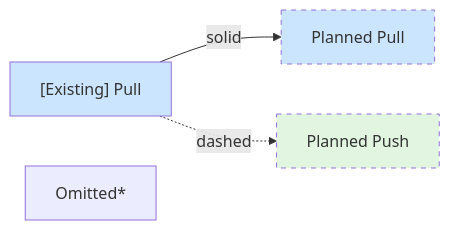
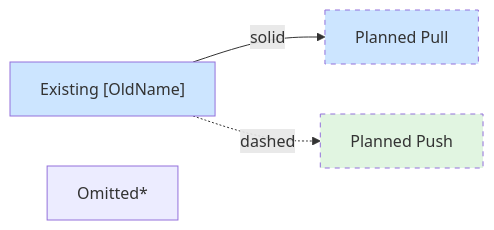
The first of 4 diagrams in specs/transcription-rs.md (cjpais/transcribe-rs), drawn with Mermaid before and after one commit. The commit also changed other lines of this file and 1 other file, not shown here.

````diff
--- a/specs/transcription-rs.md
+++ b/specs/transcription-rs.md
@@ -15,13 +36,13 @@
 ```mermaid
 graph LR
-    ExistingPull["[Existing] Pull"] -- solid --> PlannedPull[Planned Pull]
+    ExistingPull["Existing [OldName]"] -- solid --> PlannedPull[Planned Pull]
     ExistingPull -. dashed .-> PlannedPush[Planned Push]
     Omitted[Omitted*]
 
     classDef pullExisting fill:#cce5ff
     classDef pullPlanned fill:#cce5ff,stroke-dasharray: 5 5
     classDef pushPlanned fill:#e1f5e1,stroke-dasharray: 5 5
     class ExistingPull pullExisting
     class PlannedPull pullPlanned
     class PlannedPush pushPlanned
 ```
````
